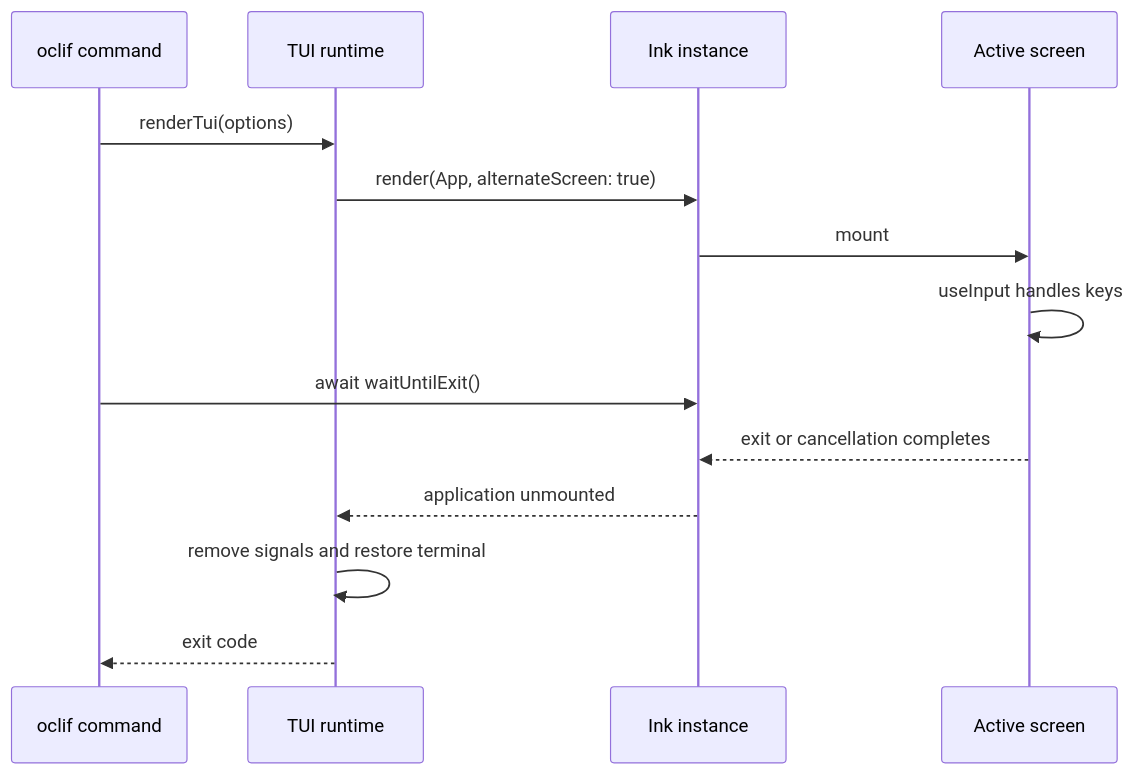
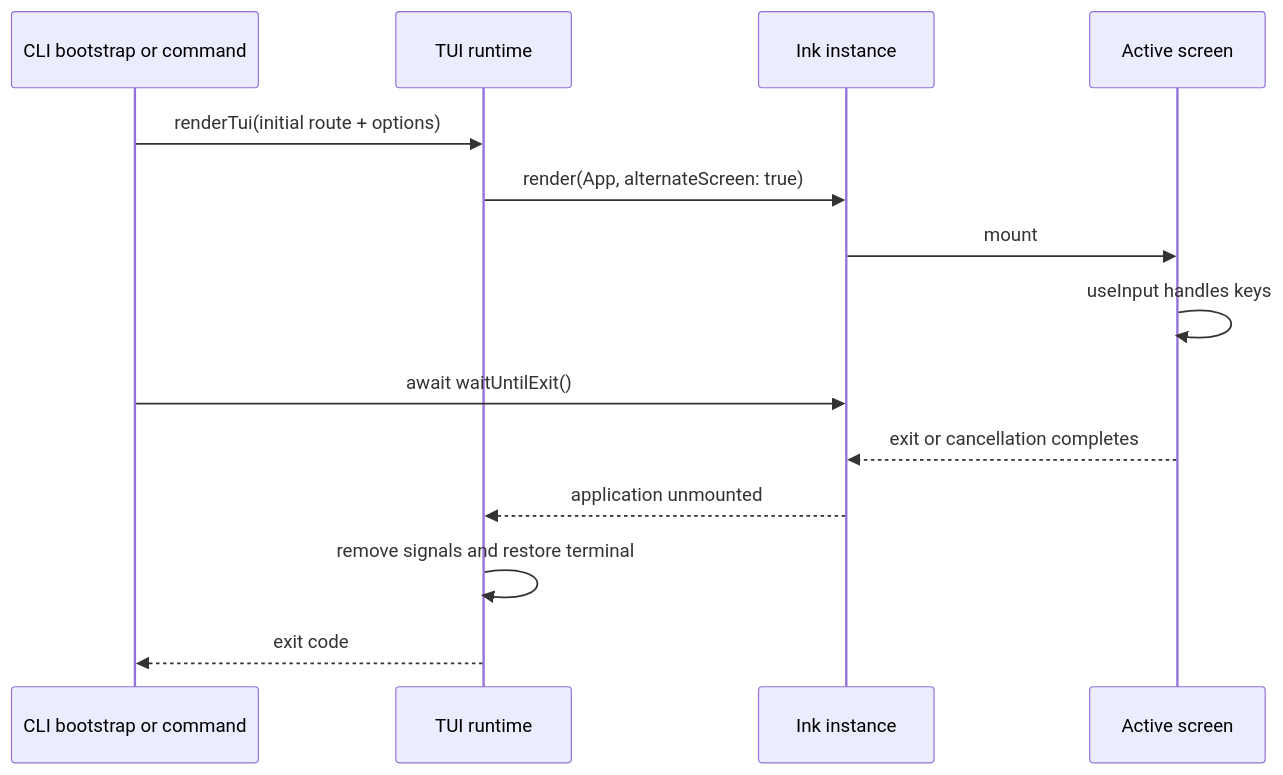
Before and after one commit to felipeseho/cli-template: the third of 3 diagrams in docs/termcn.md, drawn with Mermaid. The commit also changed other lines of this file and 40 other files, not shown here.

````diff
--- a/docs/termcn.md
+++ b/docs/termcn.md
@@ -152,17 +166,17 @@
 ```mermaid
 sequenceDiagram
-  participant Command as oclif command
+  participant Caller as CLI bootstrap or command
   participant Runtime as TUI runtime
   participant Ink as Ink instance
   participant Screen as Active screen
 
-  Command->>Runtime: renderTui(options)
+  Caller->>Runtime: renderTui(initial route + options)
   Runtime->>Ink: render(App, alternateScreen: true)
   Ink->>Screen: mount
   Screen->>Screen: useInput handles keys
-  Command->>Ink: await waitUntilExit()
+  Caller->>Ink: await waitUntilExit()
   Screen-->>Ink: exit or cancellation completes
   Ink-->>Runtime: application unmounted
   Runtime->>Runtime: remove signals and restore terminal
-  Runtime-->>Command: exit code
+  Runtime-->>Caller: exit code
 ```
````
